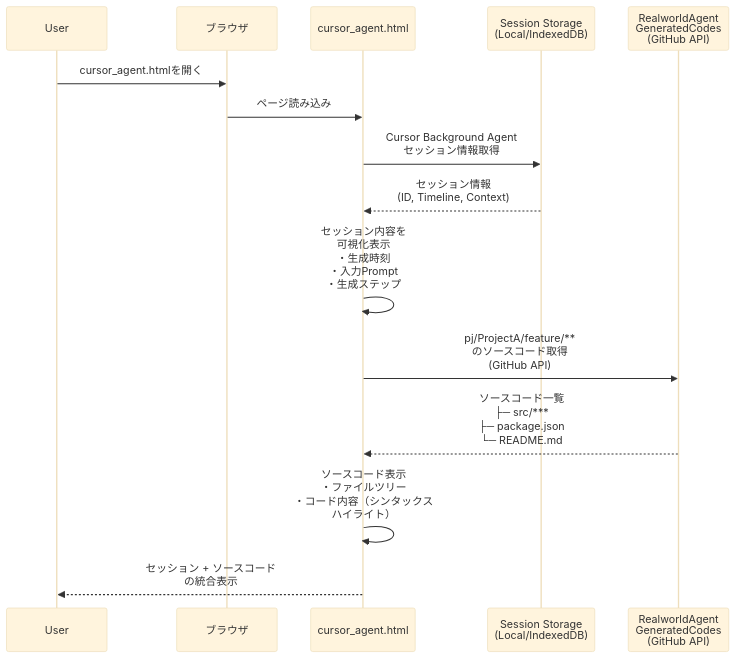
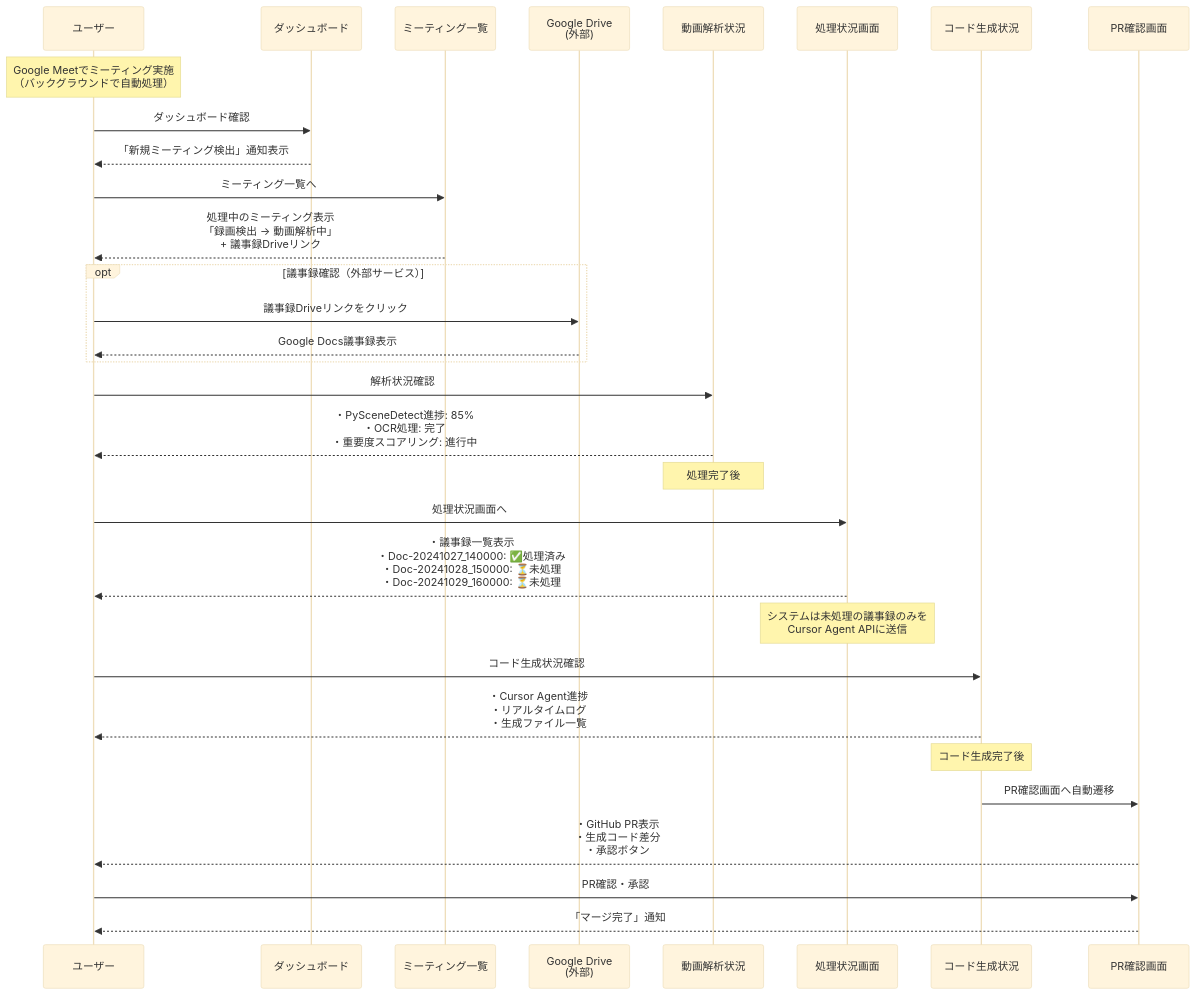
One commit to supertask/MentraAgent changed the tenth of 10 diagrams in docs/RealworldAgent_Diagrams.md. Above: the diagram before and after it, drawn with Mermaid (base theme). The commit also changed other lines of this file and 32 other files, not shown here.

````diff
--- a/docs/RealworldAgent_Diagrams.md
+++ b/docs/RealworldAgent_Diagrams.md
@@ -89,24 +988,45 @@
 ```mermaid
 sequenceDiagram
-    participant User
-    participant Browser as ブラウザ
-    participant CursorAgentHTML as cursor_agent.html
-    participant SessionStorage as Session Storage<br/>(Local/IndexedDB)
-    participant RWARepo as RealworldAgent<br/>GeneratedCodes<br/>(GitHub API)
-
-    User->>Browser: cursor_agent.htmlを開く
-    Browser->>CursorAgentHTML: ページ読み込み
-
-    CursorAgentHTML->>SessionStorage: Cursor Background Agent<br/>セッション情報取得
-    SessionStorage-->>CursorAgentHTML: セッション情報<br/>(ID, Timeline, Context)
-
-    CursorAgentHTML->>CursorAgentHTML: セッション内容を<br/>可視化表示<br/>・生成時刻<br/>・入力Prompt<br/>・生成ステップ
-
-    CursorAgentHTML->>RWARepo: pj/ProjectA/feature/**<br/>のソースコード取得<br/>(GitHub API)
-
-    RWARepo-->>CursorAgentHTML: ソースコード一覧<br/>├─ src/***<br/>├─ package.json<br/>└─ README.md
-
-    CursorAgentHTML->>CursorAgentHTML: ソースコード表示<br/>・ファイルツリー<br/>・コード内容（シンタックス<br/>ハイライト）
-
-    CursorAgentHTML-->>User: セッション + ソースコード<br/>の統合表示
+    participant User as ユーザー
+    participant Dashboard as ダッシュボード
+    participant MeetingList as ミーティング一覧
+    participant GoogleDrive as Google Drive<br/>(外部)
+    participant VideoAnalysis as 動画解析状況
+    participant ProcessingStatus as 処理状況画面
+    participant CodeGenStatus as コード生成状況
+    participant PRView as PR確認画面
+    
+    Note over User: Google Meetでミーティング実施<br/>（バックグラウンドで自動処理）
+    
+    User->>Dashboard: ダッシュボード確認
+    Dashboard-->>User: 「新規ミーティング検出」通知表示
+    
+    User->>MeetingList: ミーティング一覧へ
+    MeetingList-->>User: 処理中のミーティング表示<br/>「録画検出 → 動画解析中」<br/>+ 議事録Driveリンク
+    
+    opt 議事録確認（外部サービス）
+        User->>GoogleDrive: 議事録Driveリンクをクリック
+        GoogleDrive-->>User: Google Docs議事録表示
+    end
+    
+    User->>VideoAnalysis: 解析状況確認
+    VideoAnalysis-->>User: ・PySceneDetect進捗: 85%<br/>・OCR処理: 完了<br/>・重要度スコアリング: 進行中
+    
+    Note over VideoAnalysis: 処理完了後
+    
+    User->>ProcessingStatus: 処理状況画面へ
+    ProcessingStatus-->>User: ・議事録一覧表示<br/>・Doc-20241027_140000: ✅処理済み<br/>・Doc-20241028_150000: ⏳未処理<br/>・Doc-20241029_160000: ⏳未処理
+    
+    Note over ProcessingStatus: システムは未処理の議事録のみを<br/>Cursor Agent APIに送信
+    
+    User->>CodeGenStatus: コード生成状況確認
+    CodeGenStatus-->>User: ・Cursor Agent進捗<br/>・リアルタイムログ<br/>・生成ファイル一覧
+    
+    Note over CodeGenStatus: コード生成完了後
+    
+    CodeGenStatus->>PRView: PR確認画面へ自動遷移
+    PRView-->>User: ・GitHub PR表示<br/>・生成コード差分<br/>・承認ボタン
+    
+    User->>PRView: PR確認・承認
+    PRView-->>User: 「マージ完了」通知
 ```
````
